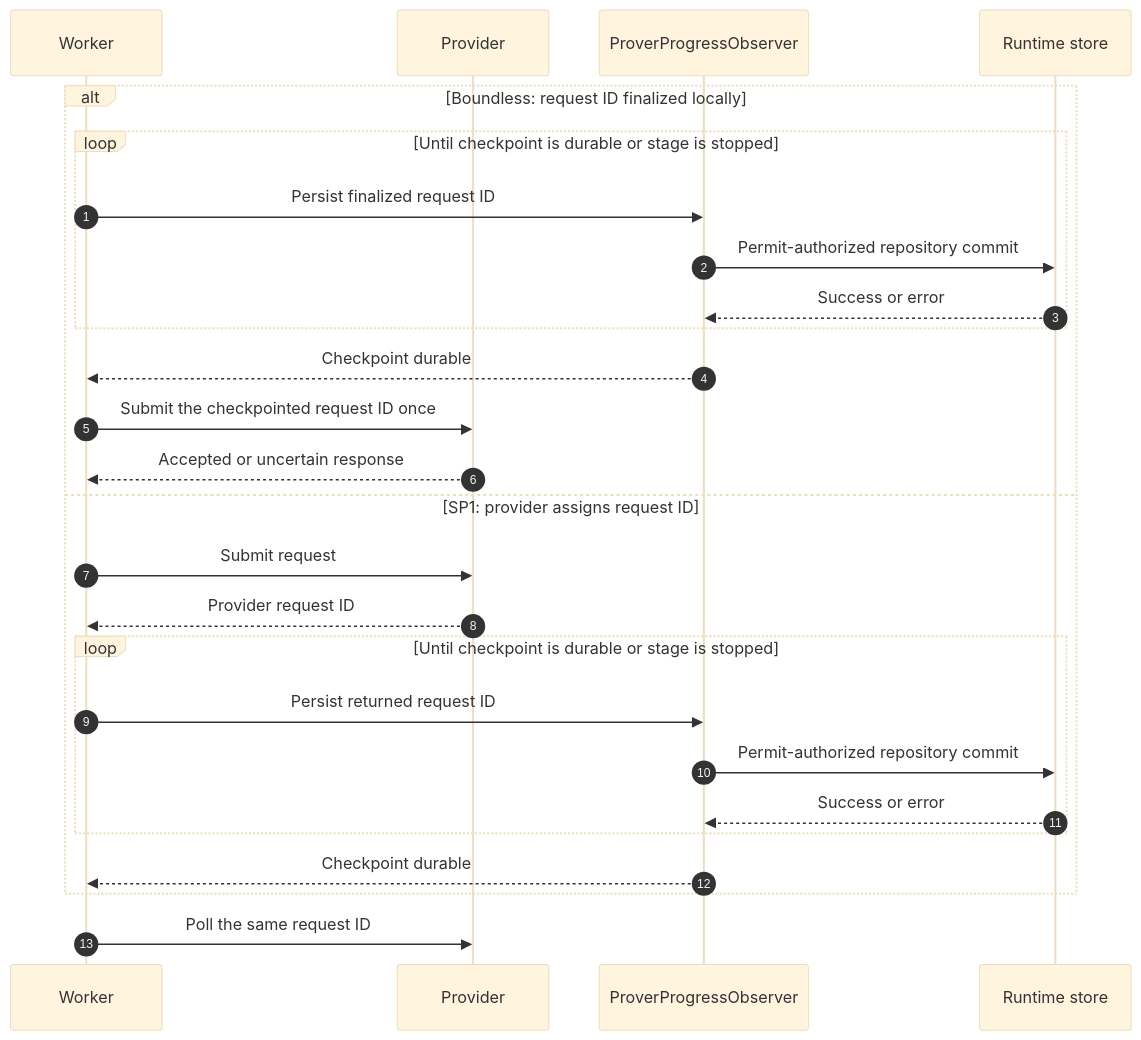
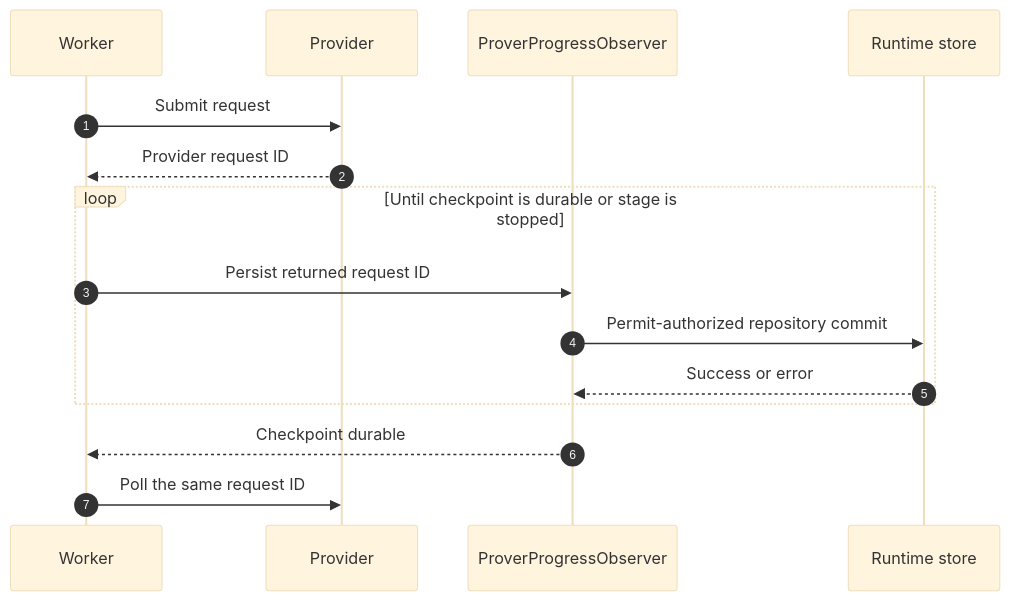
Diagram 13 of 15 in docs/architecture.md (taikoxyz/raiko2), drawn with Mermaid (base theme) before and after one commit. The commit also changed other lines of this file and 71 other files, not shown here.

````diff
--- a/docs/architecture.md
+++ b/docs/architecture.md
@@ -648,29 +635,18 @@
 ```mermaid
 sequenceDiagram
   autonumber
   participant Worker
   participant Provider
   participant Observer as ProverProgressObserver
   participant Runtime as Runtime store
 
-  alt Boundless: request ID finalized locally
-    loop Until checkpoint is durable or stage is stopped
-      Worker->>Observer: Persist finalized request ID
-      Observer->>Runtime: Permit-authorized repository commit
-      Runtime-->>Observer: Success or error
-    end
-    Observer-->>Worker: Checkpoint durable
-    Worker->>Provider: Submit the checkpointed request ID once
-    Provider-->>Worker: Accepted or uncertain response
-  else SP1: provider assigns request ID
-    Worker->>Provider: Submit request
-    Provider-->>Worker: Provider request ID
-    loop Until checkpoint is durable or stage is stopped
-      Worker->>Observer: Persist returned request ID
-      Observer->>Runtime: Permit-authorized repository commit
-      Runtime-->>Observer: Success or error
-    end
-    Observer-->>Worker: Checkpoint durable
+  Worker->>Provider: Submit request
+  Provider-->>Worker: Provider request ID
+  loop Until checkpoint is durable or stage is stopped
+    Worker->>Observer: Persist returned request ID
+    Observer->>Runtime: Permit-authorized repository commit
+    Runtime-->>Observer: Success or error
   end
+  Observer-->>Worker: Checkpoint durable
   Worker->>Provider: Poll the same request ID
 ```
````
